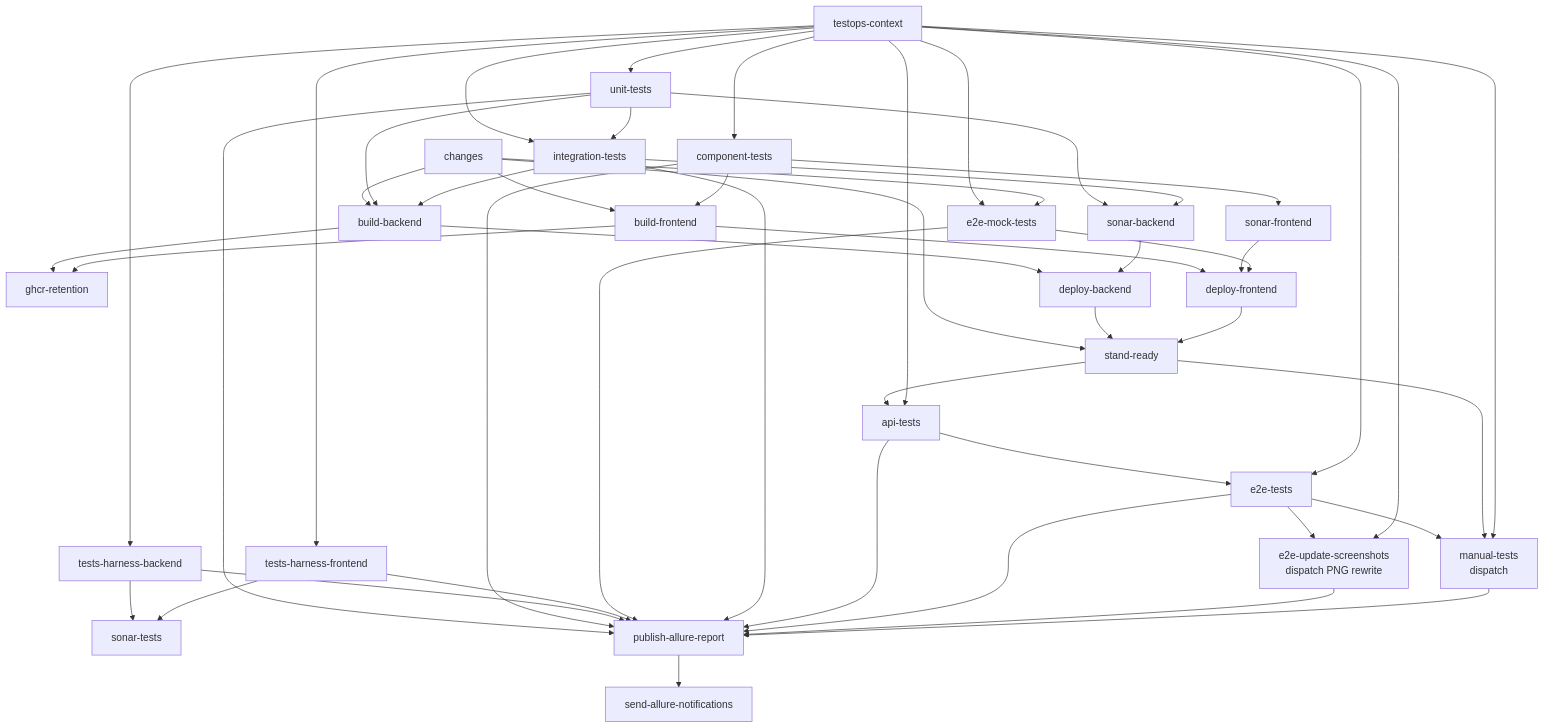
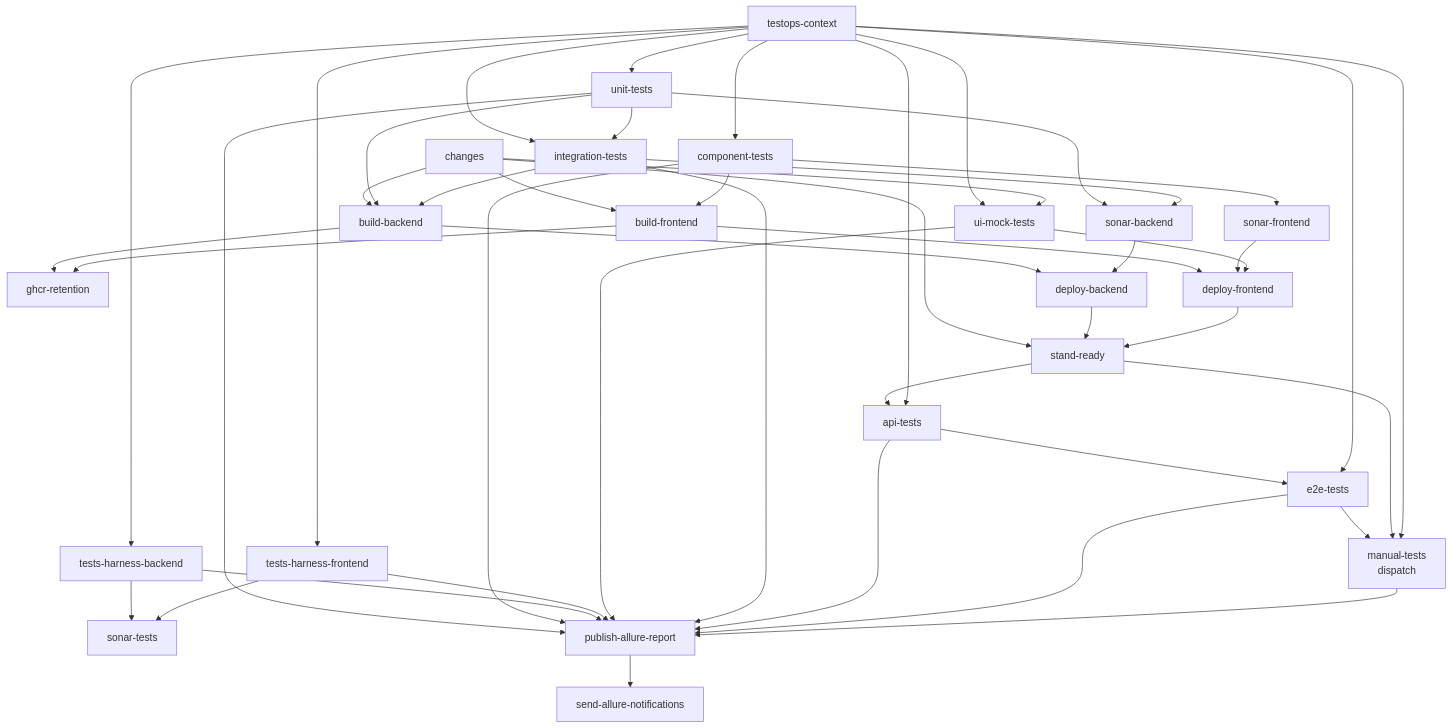
The diagram in README.md (autotests-ai/autotests-ai-multistack-app), drawn with Mermaid before and after one commit. The commit also changed other lines of this file and 3 other files, not shown here.

Commit message:
docs(ci): document ui-mock-tests and independent screenshot update steps

````diff
--- a/README.md
+++ b/README.md
@@ -77,54 +77,52 @@
 ```mermaid
 flowchart TB
   TOC[testops-context]
   CH[changes]
 
   TOC --> UNIT[unit-tests]
   TOC --> COMP[component-tests]
   TOC --> HB[tests-harness-backend]
   TOC --> HF[tests-harness-frontend]
-  TOC --> MOCK[e2e-mock-tests]
+  TOC --> MOCK[ui-mock-tests]
   TOC --> INT[integration-tests]
 
   CH --> MOCK
   CH --> BB
   CH --> BF
   CH --> READY
 
   UNIT --> INT
   UNIT --> SB[sonar-backend]
   INT --> SB
   COMP --> SF[sonar-frontend]
   HB --> ST[sonar-tests]
   HF --> ST
 
   UNIT --> BB[build-backend]
   INT --> BB
   COMP --> BF[build-frontend]
   BB & BF --> GHCR[ghcr-retention]
 
   BB --> DB[deploy-backend]
   SB --> DB
 
   BF --> DF[deploy-frontend]
   SF --> DF
   MOCK --> DF
 
   DB --> READY[stand-ready]
   DF --> READY
 
   READY --> API[api-tests]
   TOC --> API
 
   API --> E2E[e2e-tests]
   TOC --> E2E
 
-  E2E --> BASE[e2e-update-screenshots<br/>dispatch PNG rewrite]
   E2E --> MAN[manual-tests<br/>dispatch]
   READY --> MAN
-  TOC --> BASE
   TOC --> MAN
 
-  UNIT & COMP & HB & HF & MOCK & INT & API & E2E & BASE & MAN --> PUB[publish-allure-report]
+  UNIT & COMP & HB & HF & MOCK & INT & API & E2E & MAN --> PUB[publish-allure-report]
   PUB --> NTF[send-allure-notifications]
 ```
````
